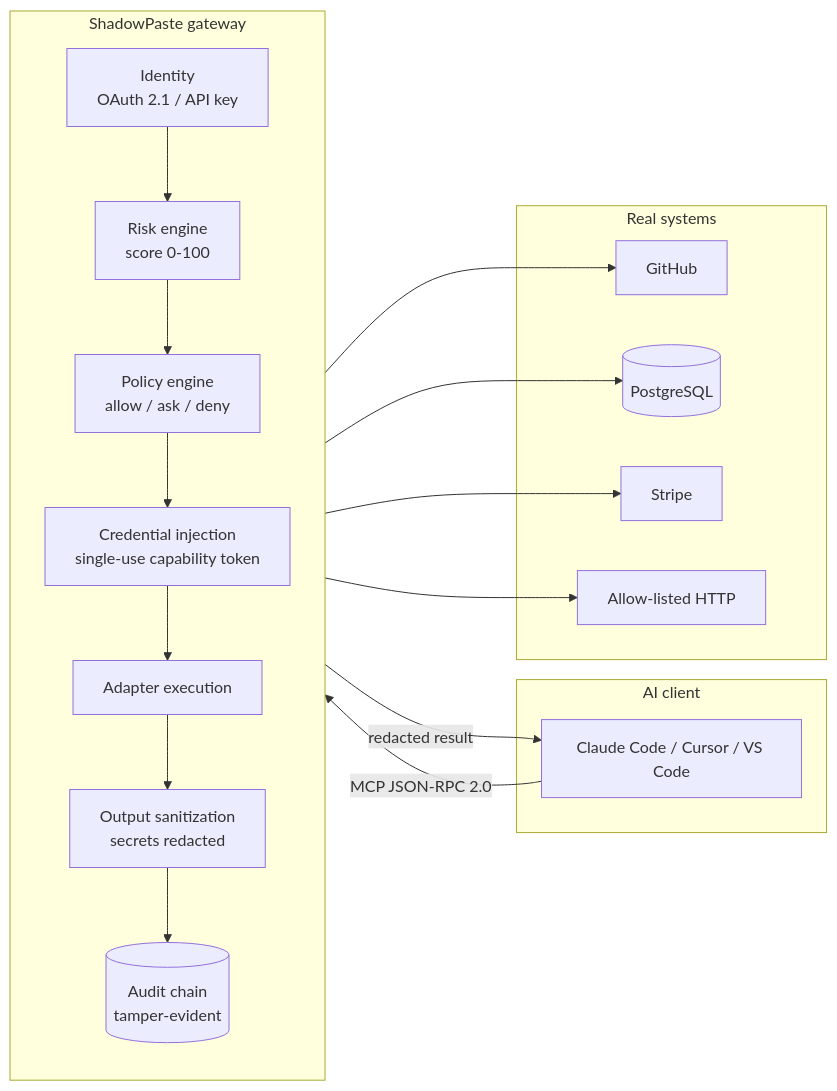
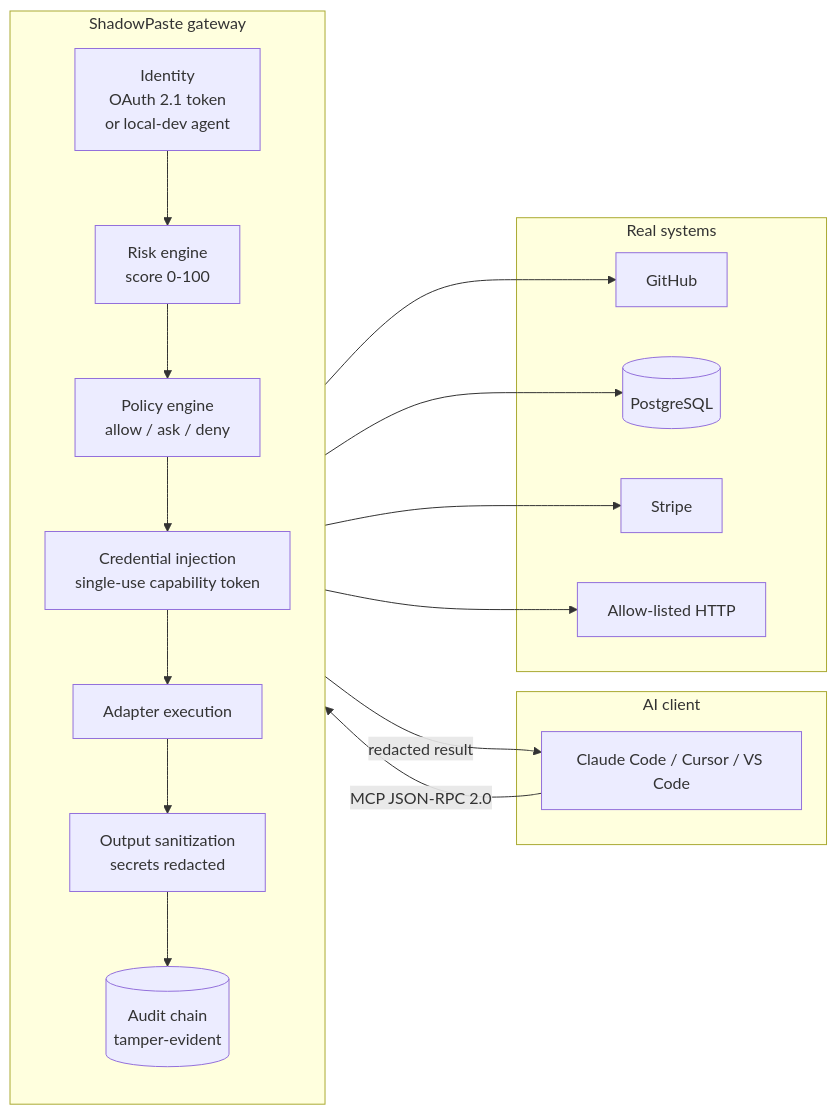
One commit to amitchahar509-collab/shadowpaste changed the first of 3 diagrams in README.md. Above: the diagram before and after it, drawn with Mermaid. The commit also changed other lines of this file, not shown here.

````diff
--- a/README.md
+++ b/README.md
@@ -60,24 +60,24 @@
 ```mermaid
 flowchart LR
     subgraph Client["AI client"]
         A[Claude Code / Cursor / VS Code]
     end
     subgraph Gateway["ShadowPaste gateway"]
         direction TB
-        ID[Identity<br/>OAuth 2.1 / API key] --> RISK[Risk engine<br/>score 0-100]
+        ID[Identity<br/>OAuth 2.1 token<br/>or local-dev agent] --> RISK[Risk engine<br/>score 0-100]
         RISK --> POL[Policy engine<br/>allow / ask / deny]
         POL --> CRED[Credential injection<br/>single-use capability token]
         CRED --> EXEC[Adapter execution]
         EXEC --> SAN[Output sanitization<br/>secrets redacted]
         SAN --> AUD[(Audit chain<br/>tamper-evident)]
     end
     subgraph Ext["Real systems"]
         GH[GitHub]
         DB[(PostgreSQL)]
         ST[Stripe]
         NET[Allow-listed HTTP]
     end
     A -- MCP JSON-RPC 2.0 --> ID
     EXEC --> GH & DB & ST & NET
     SAN -- redacted result --> A
 ```
````
